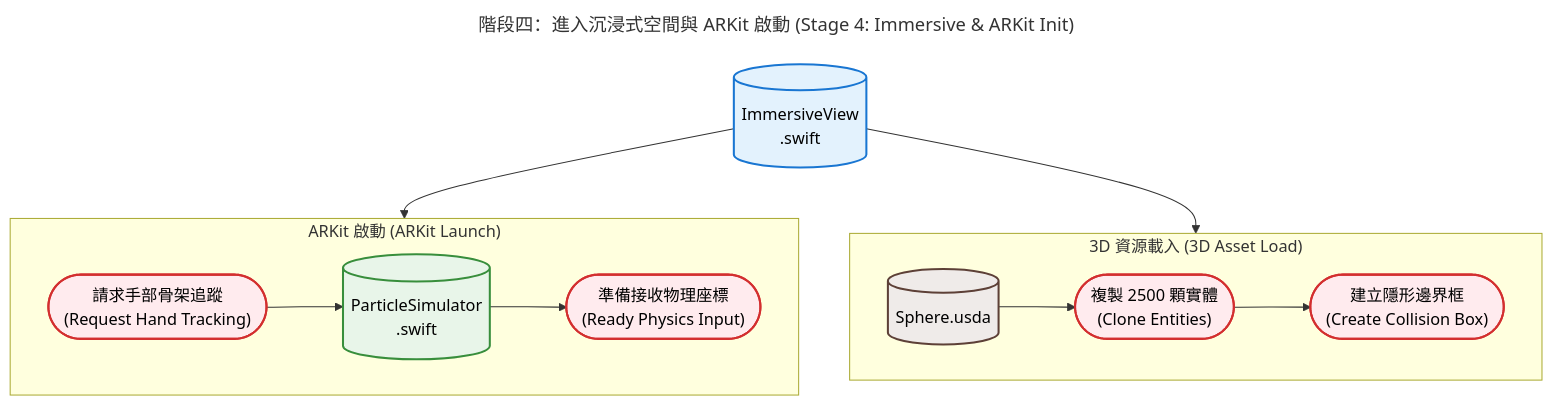
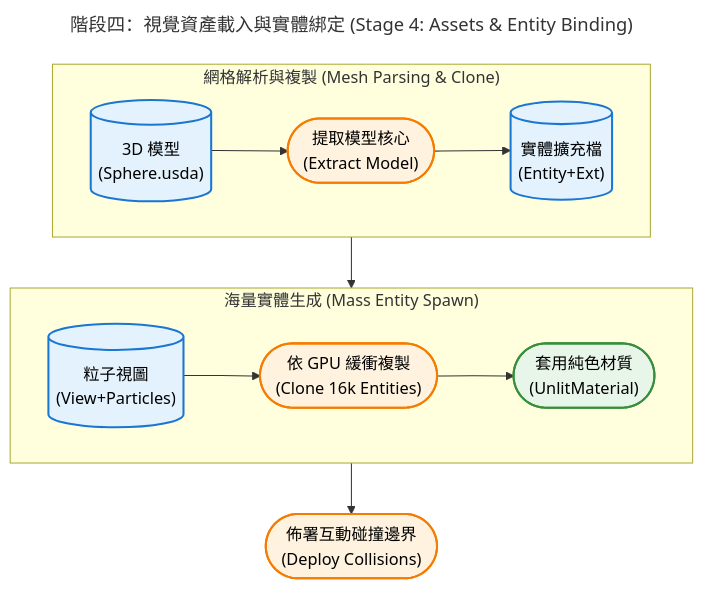
The fourth of 5 diagrams in README.md (lennox0909/ParticleVision), drawn with Mermaid before and after one commit. The commit also changed other lines of this file, not shown here.

````diff
--- a/README.md
+++ b/README.md
@@ -296,32 +243,30 @@
 ```mermaid
 ---
-title: "階段四：進入沉浸式空間與 ARKit 啟動 (Stage 4: Immersive & ARKit Init)"
+title: "階段四：視覺資產載入與實體綁定 (Stage 4: Assets & Entity Binding)"
 ---
 flowchart TD
-    classDef default fill:#fafafa,stroke:#333,stroke-width:2px,color:#333;
-    classDef uiFile fill:#e3f2fd,stroke:#1976d2,stroke-width:2px,color:#000;
-    classDef modelFile fill:#efebe9,stroke:#5d4037,stroke-width:2px,color:#000;
-    classDef engineFile fill:#e8f5e9,stroke:#388e3c,stroke-width:2px,color:#000;
-    classDef action fill:#ffebee,stroke:#d32f2f,stroke-width:2px,color:#000;
+    classDef fileNode fill:#e3f2fd,stroke:#1976d2,stroke-width:2px,color:#000;
+    classDef actionNode fill:#fff3e0,stroke:#f57c00,stroke-width:2px,color:#000;
+    classDef render fill:#e8f5e9,stroke:#388e3c,stroke-width:2px,color:#000;
 
-    F_Imm[("ImmersiveView<br/>.swift")]:::uiFile
-
-    subgraph "3D 資源載入 (3D Asset Load)"
+    subgraph "網格解析與複製 (Mesh Parsing & Clone)"
         direction LR
-        F_Sphere[("Sphere.usda")]:::modelFile
-        A1(["複製 2500 顆實體<br/>(Clone Entities)"]):::action
-        A2(["建立隱形邊界框<br/>(Create Collision Box)"]):::action
-        F_Sphere --> A1 --> A2
+        F_Usda[("3D 模型<br/>(Sphere.usda)")]:::fileNode
+        A1(["提取模型核心<br/>(Extract Model)"]):::actionNode
+        F_Ext[("實體擴充檔<br/>(Entity+Ext)")]:::fileNode
+        F_Usda --> A1 --> F_Ext
     end
 
-    subgraph "ARKit 啟動 (ARKit Launch)"
+    subgraph "海量實體生成 (Mass Entity Spawn)"
         direction LR
-        A3(["請求手部骨架追蹤<br/>(Request Hand Tracking)"]):::action
-        F_Sim[("ParticleSimulator<br/>.swift")]:::engineFile
-        A4(["準備接收物理座標<br/>(Ready Physics Input)"]):::action
-        A3 --> F_Sim --> A4
+        F_Part[("粒子視圖<br/>(View+Particles)")]:::fileNode
+        A2(["依 GPU 緩衝複製<br/>(Clone 16k Entities)"]):::actionNode
+        R_Mat(["套用純色材質<br/>(UnlitMaterial)"]):::render
+        F_Part --> A2 --> R_Mat
     end
 
-    F_Imm --> F_Sphere
-    F_Imm --> A3
+    A3(["佈署互動碰撞邊界<br/>(Deploy Collisions)"]):::actionNode
+
+    F_Ext --> F_Part
+    R_Mat --> A3
 ```
````
